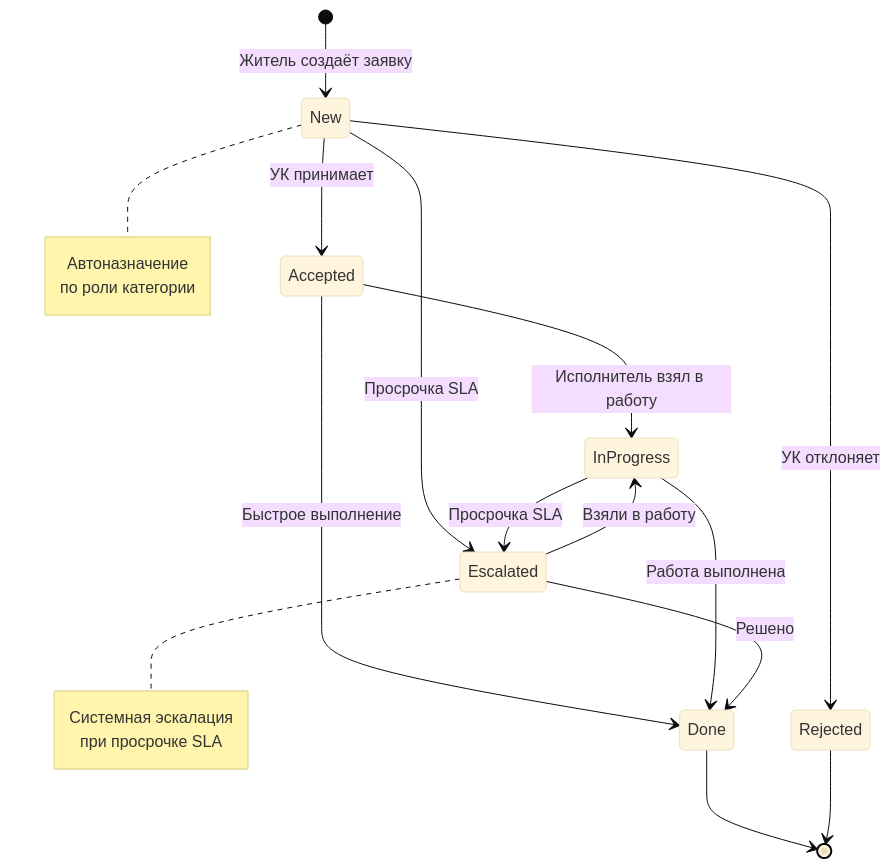
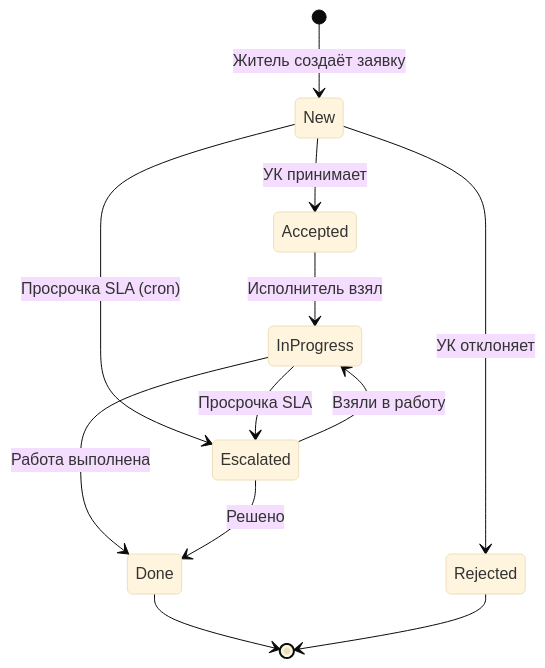
The third of 5 diagrams in README.md (SergeyKrivoshchapov/maxhackathon), drawn with Mermaid (base theme) before and after one commit. The commit also changed other lines of this file and 5 other files, not shown here.

````diff
--- a/README.md
+++ b/README.md
@@ -299,30 +186,14 @@
 ```mermaid
 stateDiagram-v2
     [*] --> New: Житель создаёт заявку
-
     New --> Accepted: УК принимает
     New --> Rejected: УК отклоняет
-    New --> Escalated: Просрочка SLA
-
-    Accepted --> InProgress: Исполнитель взял в работу
-    Accepted --> Done: Быстрое выполнение
-
+    New --> Escalated: Просрочка SLA (cron)
+    Accepted --> InProgress: Исполнитель взял
     InProgress --> Done: Работа выполнена
     InProgress --> Escalated: Просрочка SLA
-
     Escalated --> InProgress: Взяли в работу
     Escalated --> Done: Решено
-
     Done --> [*]
     Rejected --> [*]
-
-    note right of New
-        Автоназначение
-        по роли категории
-    end note
-
-    note right of Escalated
-        Системная эскалация
-        при просрочке SLA
-    end note
 ```
````
